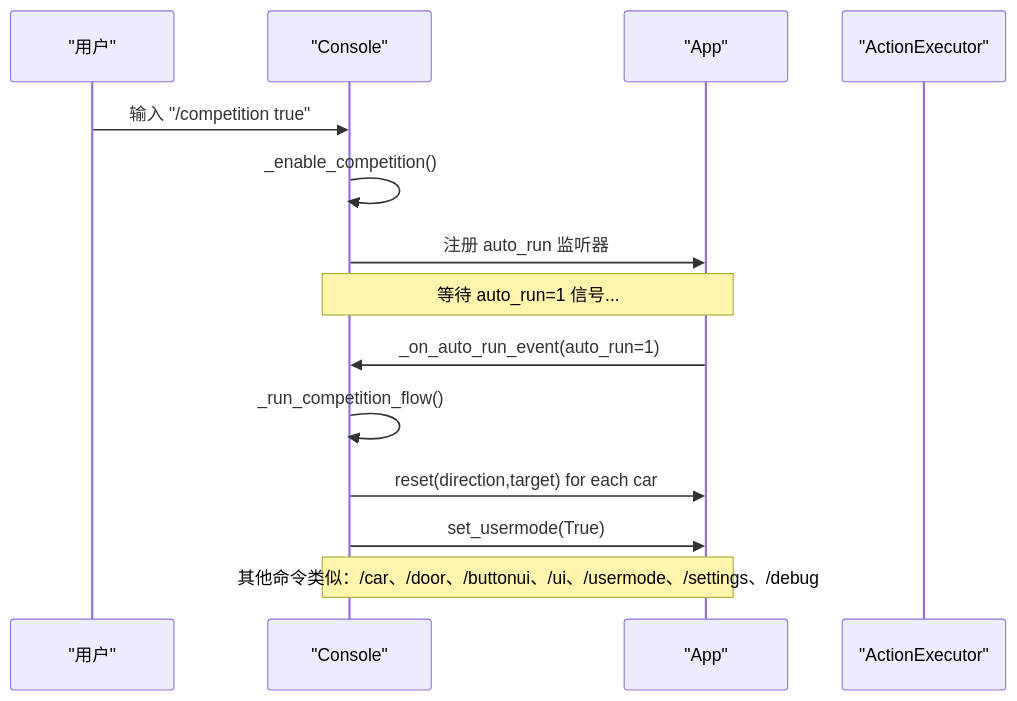
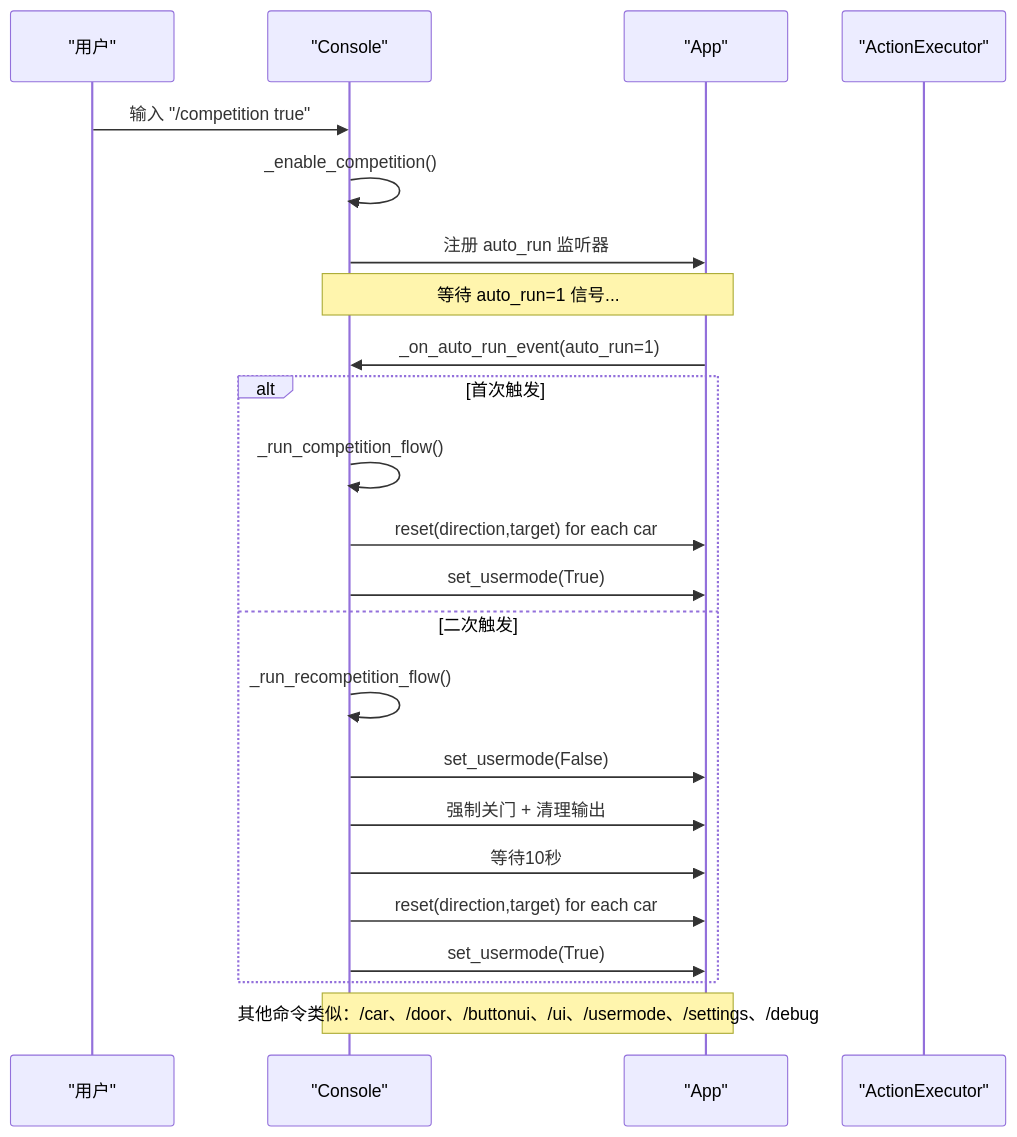
One commit to xmb505/Haku_EET changed the seventh of 8 diagrams in .qoder/repowiki/zh/content/大脑模块.md. Above: the diagram before and after it, drawn with Mermaid. The commit also changed other lines of this file and 27 other files, not shown here.

````diff
--- a/.qoder/repowiki/zh/content/大脑模块.md
+++ b/.qoder/repowiki/zh/content/大脑模块.md
@@ -294,16 +359,25 @@
 ```mermaid
 sequenceDiagram
 participant U as "用户"
 participant C as "Console"
 participant A as "App"
 participant E as "ActionExecutor"
 U->>C : 输入 "/competition true"
 C->>C : _enable_competition()
 C->>A : 注册 auto_run 监听器
 Note over C,A : 等待 auto_run=1 信号...
 A->>C : _on_auto_run_event(auto_run=1)
+alt 首次触发
 C->>C : _run_competition_flow()
 C->>A : reset(direction,target) for each car
 C->>A : set_usermode(True)
+else 二次触发
+C->>C : _run_recompetition_flow()
+C->>A : set_usermode(False)
+C->>A : 强制关门 + 清理输出
+C->>A : 等待10秒
+C->>A : reset(direction,target) for each car
+C->>A : set_usermode(True)
+end
 Note over C,A : 其他命令类似：/car、/door、/buttonui、/ui、/usermode、/settings、/debug
 ```
````
